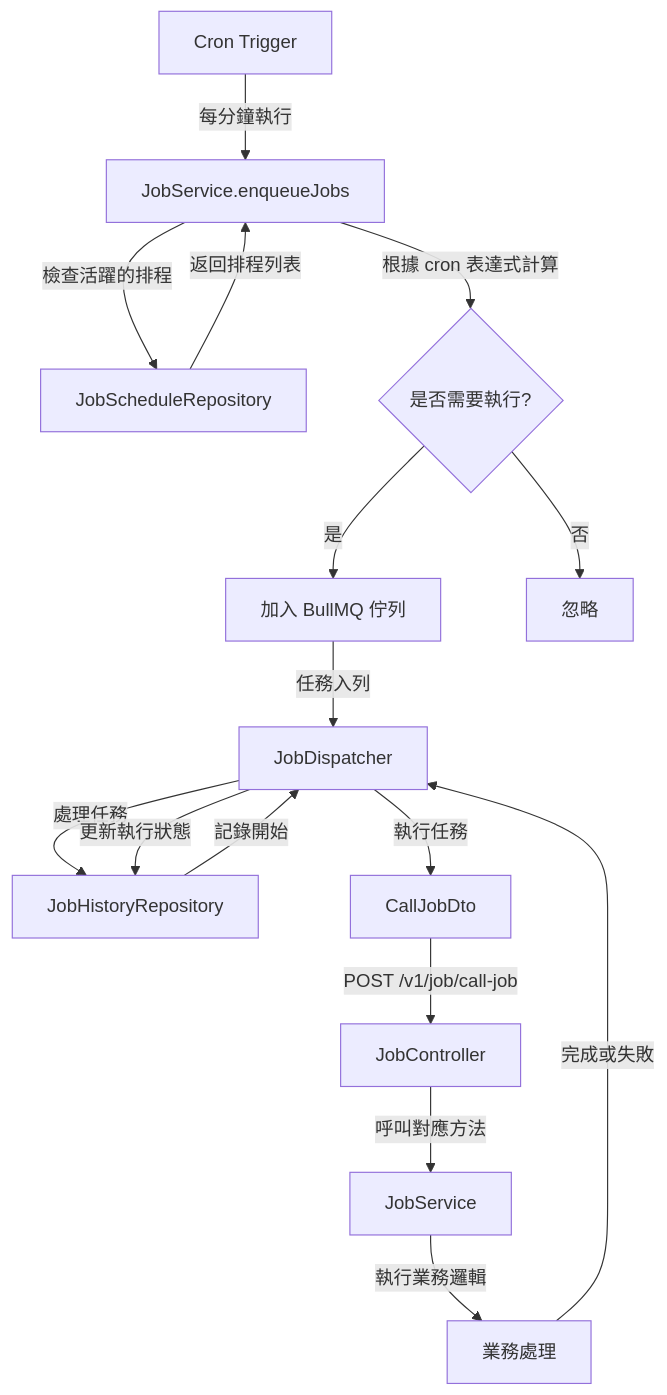
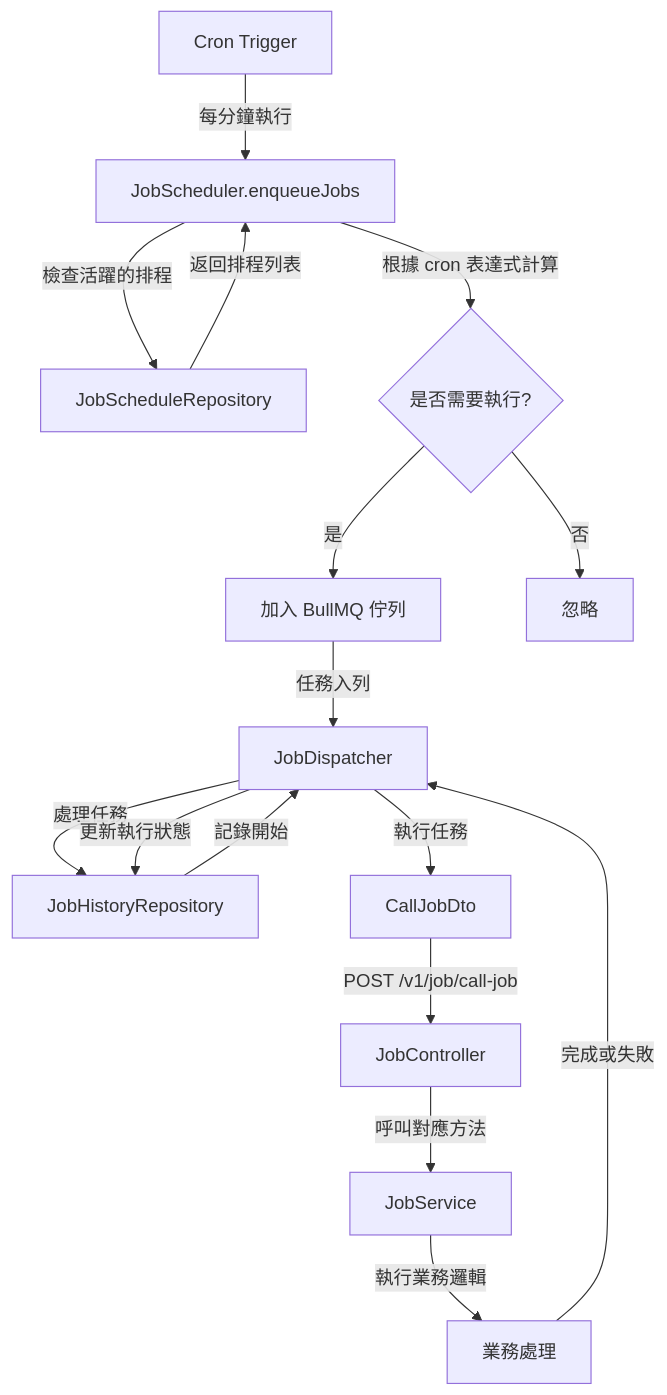
Before and after one commit to skull8944/nestjs-react-starter-kit: the first of 3 diagrams in server/src/modules/job/README.md, drawn with Mermaid. The commit also changed other lines of this file, not shown here.

Commit message:
adjust README in job module

````diff
--- a/server/src/modules/job/README.md
+++ b/server/src/modules/job/README.md
@@ -20,18 +28,18 @@
 ```mermaid
 flowchart TB
-    A[Cron Trigger] -->|每分鐘執行| B[JobService.enqueueJobs]
+    A[Cron Trigger] -->|每分鐘執行| B[JobScheduler.enqueueJobs]
     B -->|檢查活躍的排程| C[JobScheduleRepository]
     C -->|返回排程列表| B
     B -->|根據 cron 表達式計算| D{是否需要執行?}
     D -->|是| E[加入 BullMQ 佇列]
     D -->|否| F[忽略]
     E -->|任務入列| G[JobDispatcher]
     G -->|處理任務| H[JobHistoryRepository]
     H -->|記錄開始| G
     G -->|執行任務| I[CallJobDto]
     I -->|POST /v1/job/call-job| J[JobController]
     J -->|呼叫對應方法| K[JobService]
     K -->|執行業務邏輯| L[業務處理]
     L -->|完成或失敗| G
     G -->|更新執行狀態| H
 ```
````
